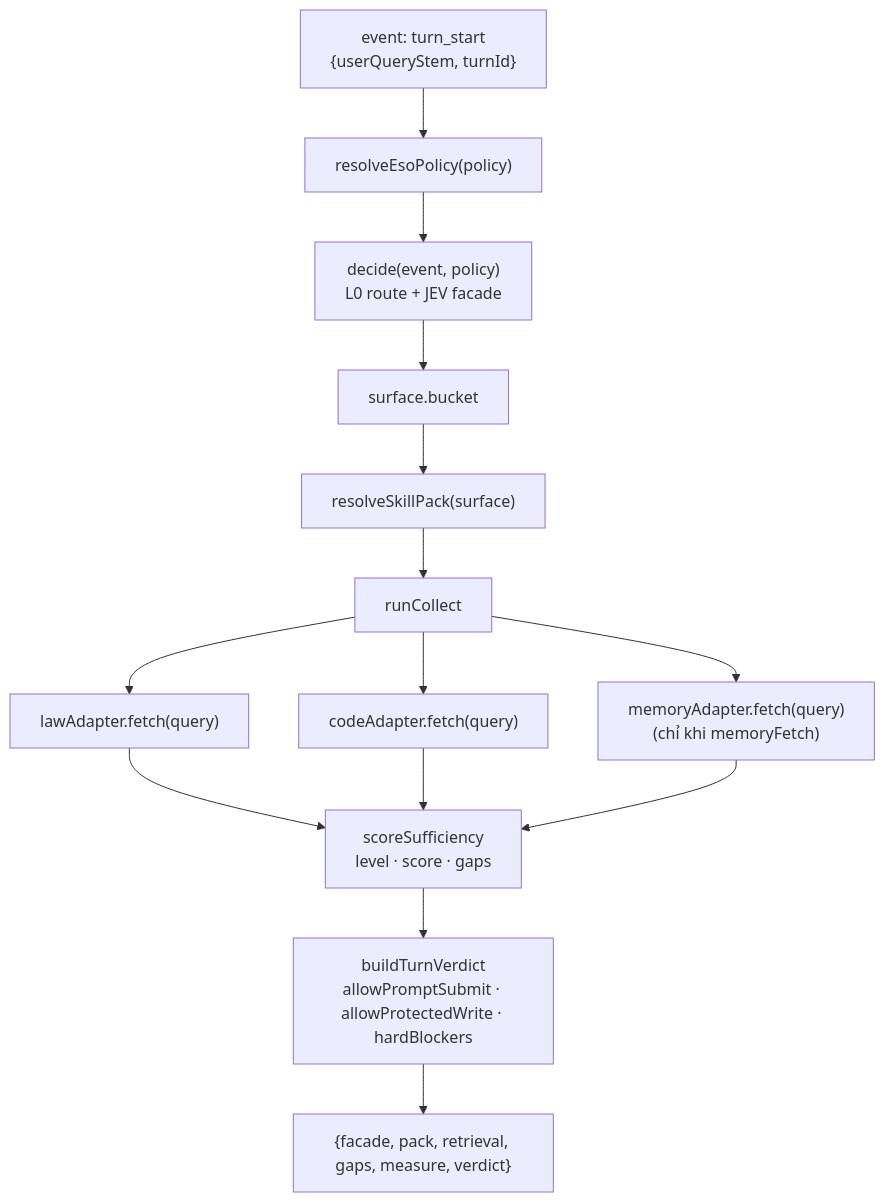
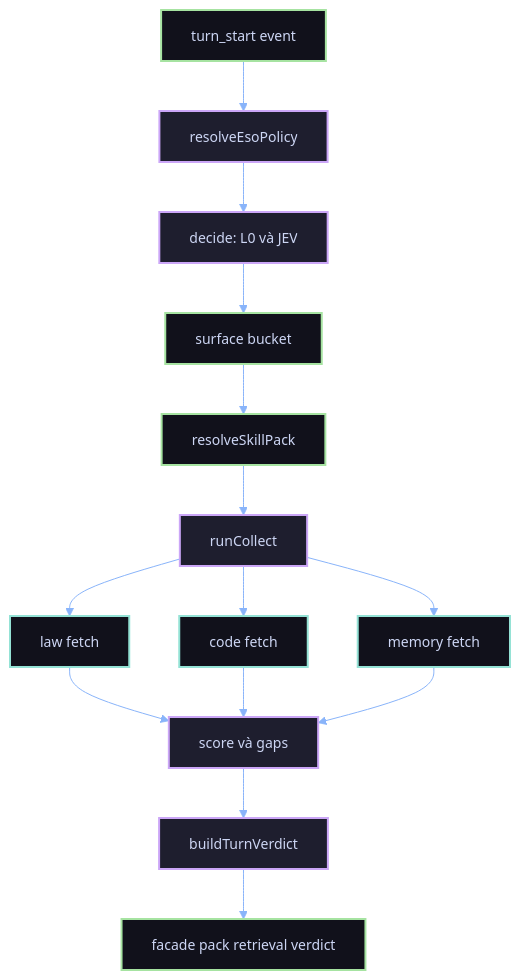
One commit to thangs2/harness-eso changed the first of 8 diagrams in documents/07.how-it-works/03.pipelines.md. Above: the diagram before and after it, drawn with Mermaid. The commit also changed other lines of this file and 10 other files, not shown here.

First line of the commit message:
docs: redraw the how-it-works pack under one mermaid standard

````diff
--- a/documents/07.how-it-works/03.pipelines.md
+++ b/documents/07.how-it-works/03.pipelines.md
@@ -5,17 +5,22 @@
 ```mermaid
+%%{init: {"theme": "base", "themeVariables": {"background": "#1e1e2e", "primaryColor": "#313244", "primaryTextColor": "#cdd6f4", "primaryBorderColor": "#cba6f7", "lineColor": "#89b4fa", "secondaryColor": "#181825", "tertiaryColor": "#11111b", "clusterBkg": "#181825", "clusterBorder": "#6c7086", "edgeLabelBackground": "#1e1e2e", "fontSize": "14px", "actorBkg": "#313244", "actorBorder": "#cba6f7", "actorTextColor": "#cdd6f4", "signalColor": "#89b4fa", "signalTextColor": "#cdd6f4", "noteBkgColor": "#313244", "noteTextColor": "#cdd6f4", "noteBorderColor": "#f9e2af"}}}%%
 flowchart TB
-  E["event: turn_start\n{userQueryStem, turnId}"] --> POL["resolveEsoPolicy(policy)"]
-  POL --> DEC["decide(event, policy)\nL0 route + JEV facade"]
-  DEC --> BUCKET["surface.bucket"]
-  BUCKET --> SK["resolveSkillPack(surface)"]
-  SK --> COL["runCollect"]
 
-  COL --> LAW["lawAdapter.fetch(query)"]
-  COL --> CODE["codeAdapter.fetch(query)"]
-  COL --> MEM["memoryAdapter.fetch(query)\n(chỉ khi memoryFetch)"]
-  LAW --> SCORE["scoreSufficiency\nlevel · score · gaps"]
-  CODE --> SCORE
-  MEM --> SCORE
-  SCORE --> VER["buildTurnVerdict\nallowPromptSubmit · allowProtectedWrite · hardBlockers"]
-  VER --> OUT["{facade, pack, retrieval, gaps, measure, verdict}"]
+    classDef w fill:#1e1e2e,stroke:#cba6f7,stroke-width:2px,color:#cdd6f4
+    classDef r fill:#11111b,stroke:#94e2d5,stroke-width:2px,color:#cdd6f4
+    classDef shared fill:#11111b,stroke:#a6e3a1,stroke-width:2px,color:#cdd6f4
+
+    E[turn_start event]:::shared --> POL[resolveEsoPolicy]:::w
+    POL --> DEC[decide: L0 và JEV]:::w
+    DEC --> BUCKET[surface bucket]:::shared
+    BUCKET --> SK[resolveSkillPack]:::shared
+    SK --> COL[runCollect]:::w
+    COL --> LAW[law fetch]:::r
+    COL --> CODE[code fetch]:::r
+    COL --> MEM[memory fetch]:::r
+    LAW --> SCORE[score và gaps]:::w
+    CODE --> SCORE
+    MEM --> SCORE
+    SCORE --> VER[buildTurnVerdict]:::w
+    VER --> OUT[facade pack retrieval verdict]:::shared
 ```
````
